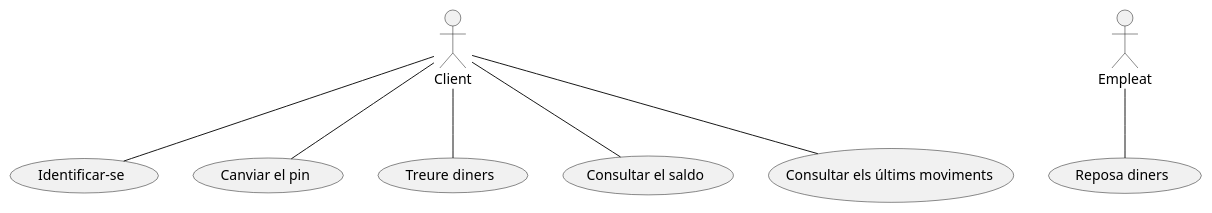
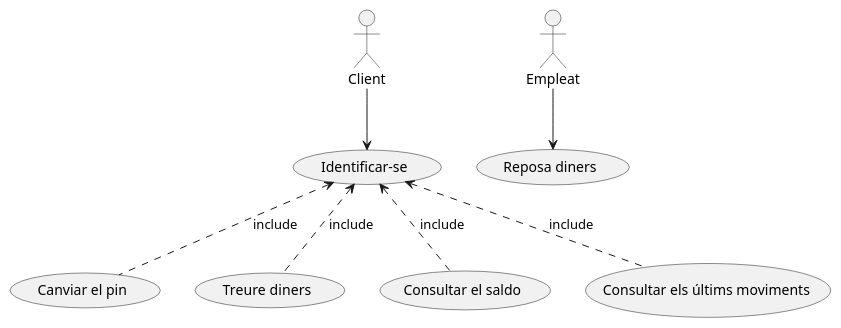
One commit to saracaparros/DAW changed the diagram in M5/AEA.3.2.2. Avançat Diagrames de casos d'ús/PlantUML/Caixer.puml. Above: the diagram before and after it, drawn with PlantUML. The commit also changed 3 other files, not shown here.

Commit message:
fix images and plantuml

```diff
--- a/M5/AEA.3.2.2. Avançat Diagrames de casos d'ús/PlantUML/Caixer.puml
+++ b/M5/AEA.3.2.2. Avançat Diagrames de casos d'ús/PlantUML/Caixer.puml
@@ -1,11 +1,12 @@
 @startuml
 :Client: as C
 :Empleat: as E
+(Identificar-se) as I
 
-C -- (Identificar-se)
-C -- (Canviar el pin)
-C -- (Treure diners)
-C -- (Consultar el saldo)
-C -- (Consultar els últims moviments)
-E -- (Reposa diners)
+C --> I
+I <.. (Canviar el pin) : include
+I <.. (Treure diners) : include
+I <.. (Consultar el saldo) : include
+I <.. (Consultar els últims moviments): include
+E --> (Reposa diners)
 @enduml
```
